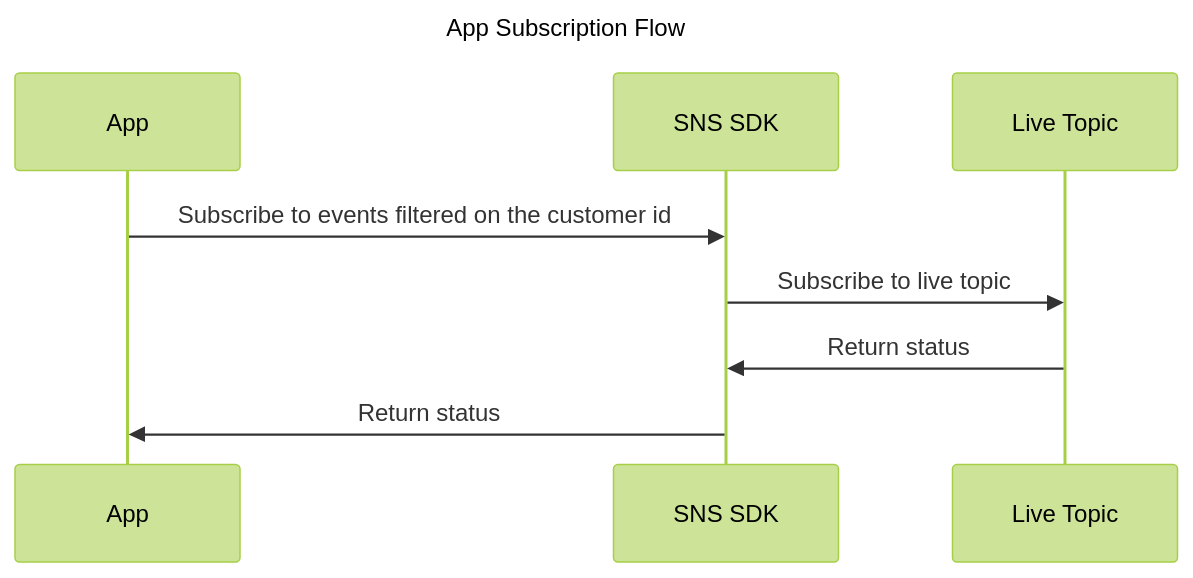
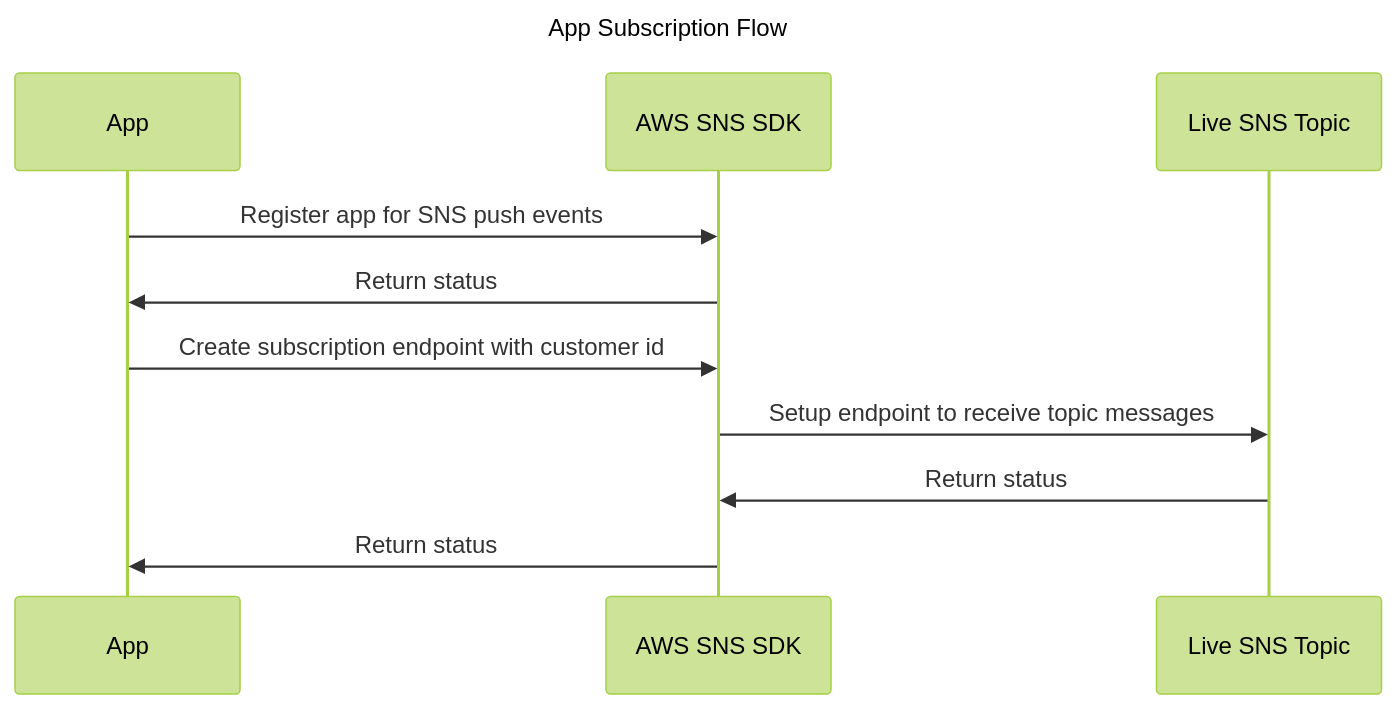
Before and after one commit to rickhohler/live-edit-architecture: the first of 3 diagrams in README.md, drawn with Mermaid (forest theme). The commit also changed other lines of this file, not shown here.

````diff
--- a/README.md
+++ b/README.md
@@ -56,8 +58,10 @@
 ```mermaid
 sequenceDiagram
   title App Subscription Flow
-  App->>SNS SDK: Subscribe to events filtered on the customer id
-  SNS SDK->>Live Topic: Subscribe to live topic
-  Live Topic->>SNS SDK: Return status
-  SNS SDK->>App: Return status
+  App->>AWS SNS SDK: Register app for SNS push events
+  AWS SNS SDK->>App: Return status
+  App->>AWS SNS SDK: Create subscription endpoint with customer id
+  AWS SNS SDK->>Live SNS Topic: Setup endpoint to receive topic messages
+  Live SNS Topic->>AWS SNS SDK: Return status
+  AWS SNS SDK->>App: Return status
 ```
````
